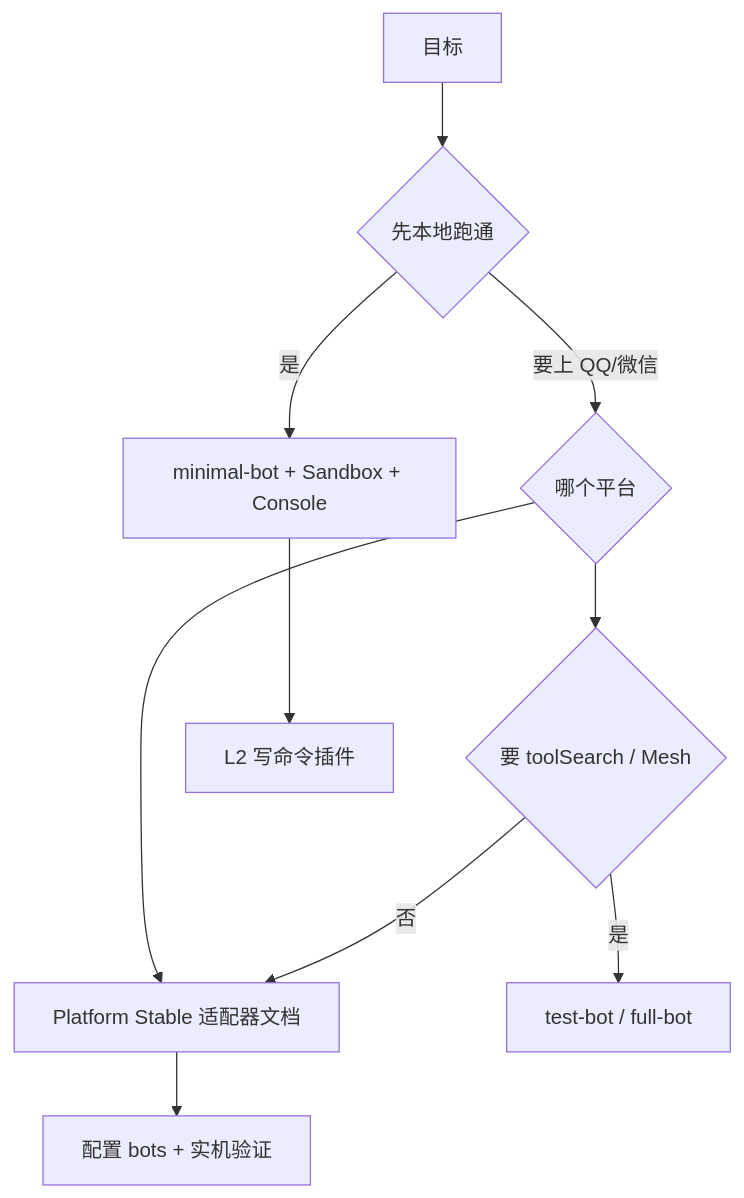
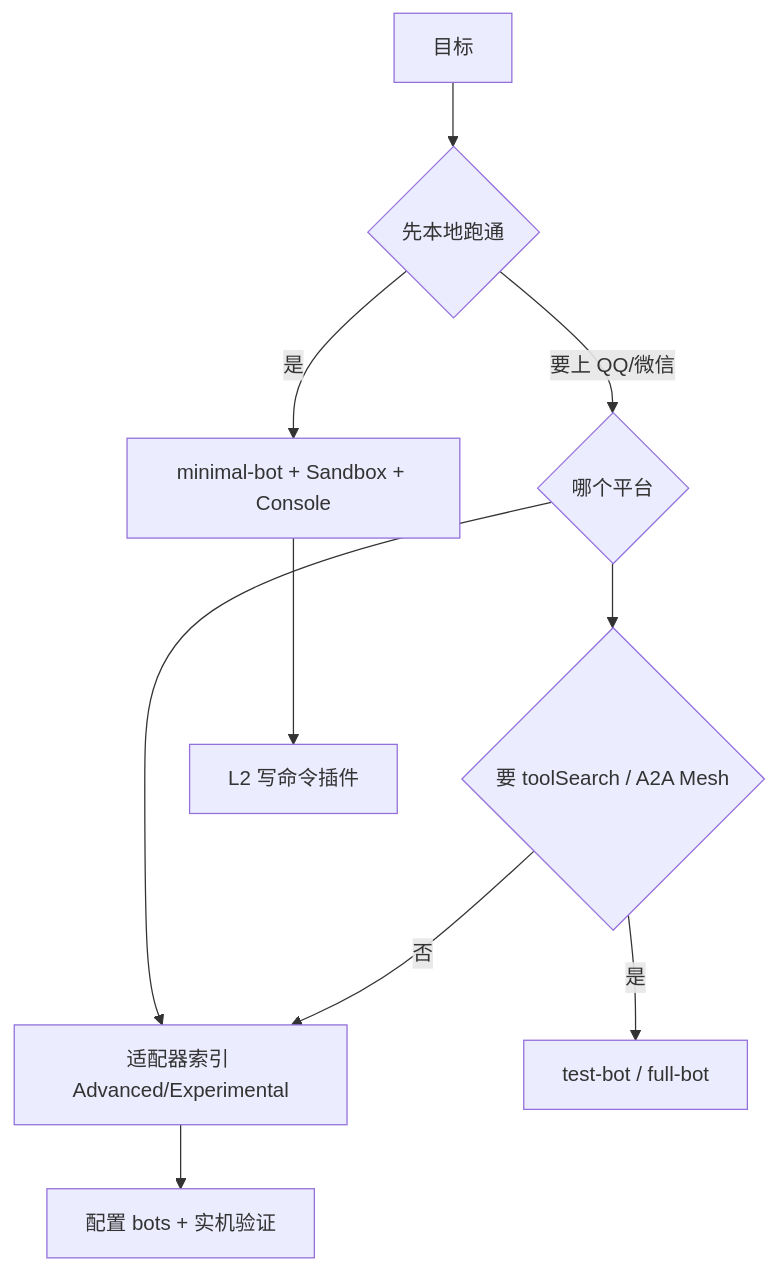
Before and after one commit to zhinjs/zhin: the second of 2 diagrams in docs/essentials/capability-tiers.md, drawn with Mermaid. The commit also changed other lines of this file and 1583 other files, not shown here.

````diff
--- a/docs/essentials/capability-tiers.md
+++ b/docs/essentials/capability-tiers.md
@@ -117,13 +98,13 @@
 ```mermaid
 flowchart TD
   start[目标]
   start --> q1{先本地跑通}
   q1 -->|是| min[minimal-bot + Sandbox + Console]
   q1 -->|要上 QQ/微信| q2{哪个平台}
-  q2 --> ps[Platform Stable 适配器文档]
-  q2 --> adv{要 toolSearch / Mesh}
+  q2 --> advAdapters[适配器索引 Advanced/Experimental]
+  q2 --> adv{要 toolSearch / A2A Mesh}
   adv -->|是| tb[test-bot / full-bot]
-  adv -->|否| ps
+  adv -->|否| advAdapters
   min --> l2[L2 写命令插件]
-  ps --> prod[配置 bots + 实机验证]
+  advAdapters --> prod[配置 bots + 实机验证]
 ```
````
